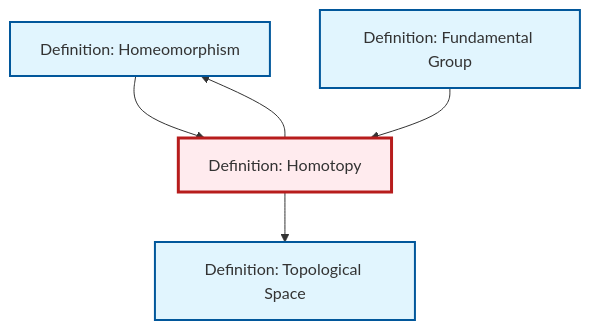
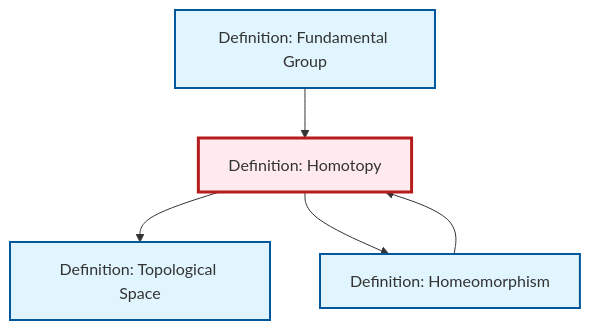
One commit to RK0429/ModernMath changed the diagram in content/en/topology/def-homotopy.qmd. Above: the diagram before and after it, drawn with Mermaid. The commit also changed other lines of this file and 672 other files, not shown here.

````diff
--- a/content/en/topology/def-homotopy.qmd
+++ b/content/en/topology/def-homotopy.qmd
@@ -99,21 +99,21 @@
 ```{mermaid}
 %%| fig-cap: "Local dependency graph"
 graph TD
     classDef definition fill:#e1f5fe,stroke:#01579b,stroke-width:2px
     classDef theorem fill:#f3e5f5,stroke:#4a148c,stroke-width:2px
     classDef axiom fill:#fff3e0,stroke:#e65100,stroke-width:2px
     classDef example fill:#e8f5e9,stroke:#1b5e20,stroke-width:2px
     classDef current fill:#ffebee,stroke:#b71c1c,stroke-width:3px
+    def-topological-space["Definition: Topological Space"]:::definition
+    def-homotopy["Definition: Homotopy"]:::definition
     def-homeomorphism["Definition: Homeomorphism"]:::definition
     def-fundamental-group["Definition: Fundamental Group"]:::definition
-    def-homotopy["Definition: Homotopy"]:::definition
-    def-topological-space["Definition: Topological Space"]:::definition
     def-homotopy --> def-topological-space
     def-homeomorphism --> def-homotopy
+    def-fundamental-group --> def-homotopy
     def-homotopy --> def-homeomorphism
-    def-fundamental-group --> def-homotopy
     class def-homotopy current
+    click def-topological-space "def-topological-space.html" "Go to Topological Space definition"
     click def-homeomorphism "def-homeomorphism.html" "Go to Homeomorphism definition"
     click def-fundamental-group "def-fundamental-group.html" "Go to Fundamental Group definition"
-    click def-topological-space "def-topological-space.html" "Go to Topological Space definition"
 ```
````
